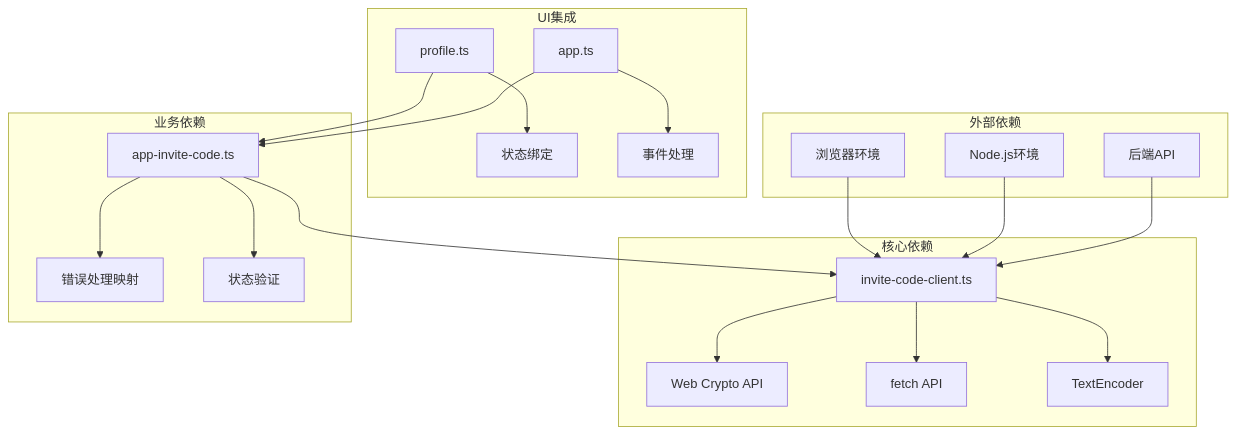
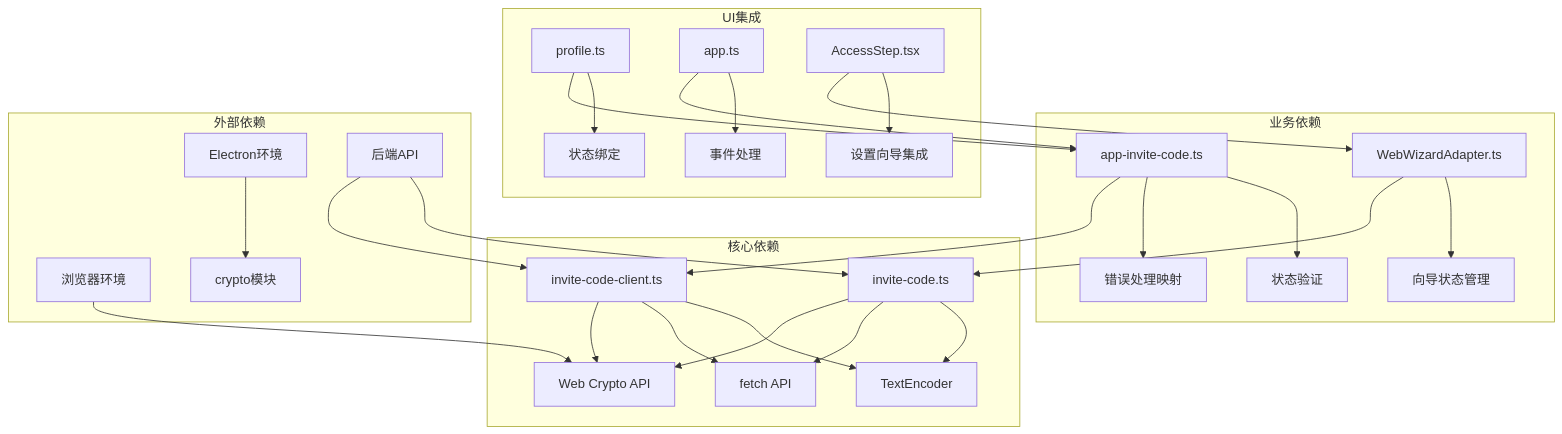
Before and after one commit to verse-ai-org/openclaw: the tenth of 13 diagrams in .qoder/repowiki/zh/content/核心概念/邀请码API客户端.md, drawn with Mermaid. The commit also changed other lines of this file and 24 other files, not shown here.

````diff
--- a/.qoder/repowiki/zh/content/核心概念/邀请码API客户端.md
+++ b/.qoder/repowiki/zh/content/核心概念/邀请码API客户端.md
@@ -367,24 +416,32 @@
 ```mermaid
 graph TB
 subgraph "核心依赖"
 A[invite-code-client.ts] --> B[Web Crypto API]
 A --> C[fetch API]
 A --> D[TextEncoder]
+E[invite-code.ts] --> B
+E --> C
+E --> D
 end
 subgraph "业务依赖"
-E[app-invite-code.ts] --> A
-E --> F[错误处理映射]
-E --> G[状态验证]
+F[app-invite-code.ts] --> A
+F --> G[错误处理映射]
+F --> H[状态验证]
+I[WebWizardAdapter.ts] --> E
+I --> J[向导状态管理]
 end
 subgraph "UI集成"
-H[profile.ts] --> E
-H --> I[状态绑定]
-J[app.ts] --> E
-J --> K[事件处理]
+K[profile.ts] --> F
+K --> L[状态绑定]
+M[app.ts] --> F
+M --> N[事件处理]
+O[AccessStep.tsx] --> I
+O --> P[设置向导集成]
 end
 subgraph "外部依赖"
-L[浏览器环境] --> A
-M[Node.js环境] --> A
-N[后端API] --> A
+Q[浏览器环境] --> B
+R[Electron环境] --> S[crypto模块]
+T[后端API] --> A
+T --> E
 end
 ```
````
